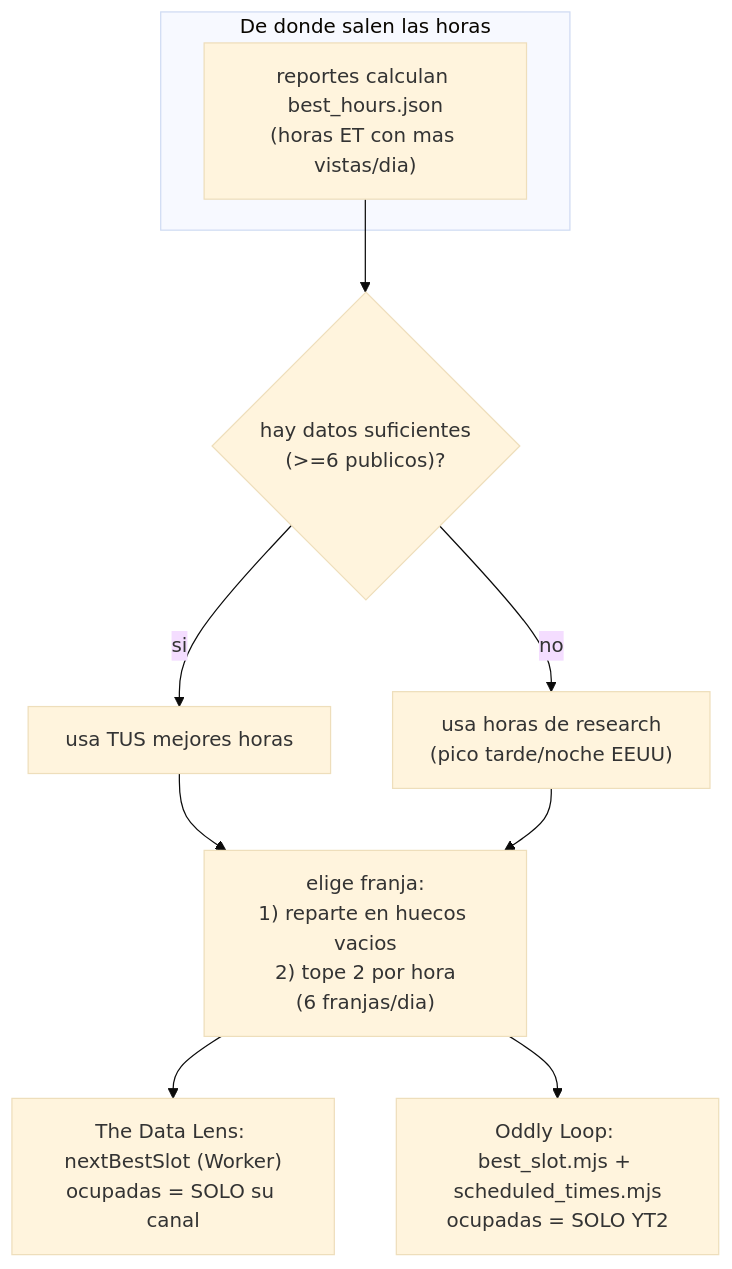
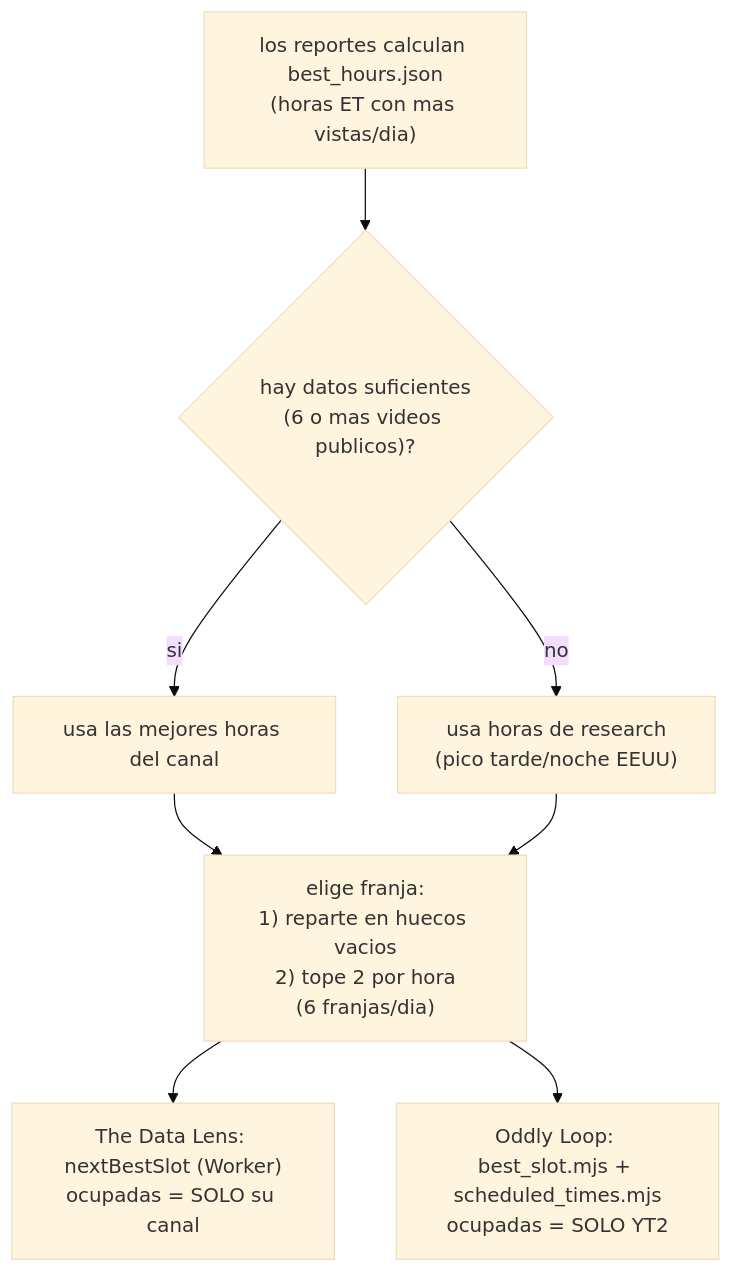
Before and after one commit to juanberrio0399/video-forge: the fourth of 7 diagrams in docs/FLUJOS.md, drawn with Mermaid (base theme). The commit also changed other lines of this file and 25 other files, not shown here.

````diff
--- a/docs/FLUJOS.md
+++ b/docs/FLUJOS.md
@@ -49,13 +69,10 @@
 ```mermaid
 flowchart TD
-  subgraph datos["De donde salen las horas"]
-    rep["reportes calculan best_hours.json\n(horas ET con mas vistas/dia)"]
-  end
-  rep --> hrs{"hay datos suficientes\n(>=6 publicos)?"}
-  hrs -- si --> dh["usa TUS mejores horas"]
-  hrs -- no --> res["usa horas de research\n(pico tarde/noche EEUU)"]
+  rep["los reportes calculan best_hours.json<br/>(horas ET con mas vistas/dia)"] --> hrs{"hay datos suficientes<br/>(6 o mas videos publicos)?"}
+  hrs -- si --> dh["usa las mejores horas del canal"]
+  hrs -- no --> res["usa horas de research<br/>(pico tarde/noche EEUU)"]
   dh --> slot
-  res --> slot["elige franja:\n1) reparte en huecos vacios\n2) tope 2 por hora\n(6 franjas/dia)"]
-  slot --> dl["The Data Lens: nextBestSlot (Worker)\nocupadas = SOLO su canal"]
-  slot --> ol["Oddly Loop: best_slot.mjs + scheduled_times.mjs\nocupadas = SOLO YT2"]
+  res --> slot["elige franja:<br/>1) reparte en huecos vacios<br/>2) tope 2 por hora<br/>(6 franjas/dia)"]
+  slot --> dl["The Data Lens: nextBestSlot (Worker)<br/>ocupadas = SOLO su canal"]
+  slot --> ol["Oddly Loop: best_slot.mjs + scheduled_times.mjs<br/>ocupadas = SOLO YT2"]
 ```
````
